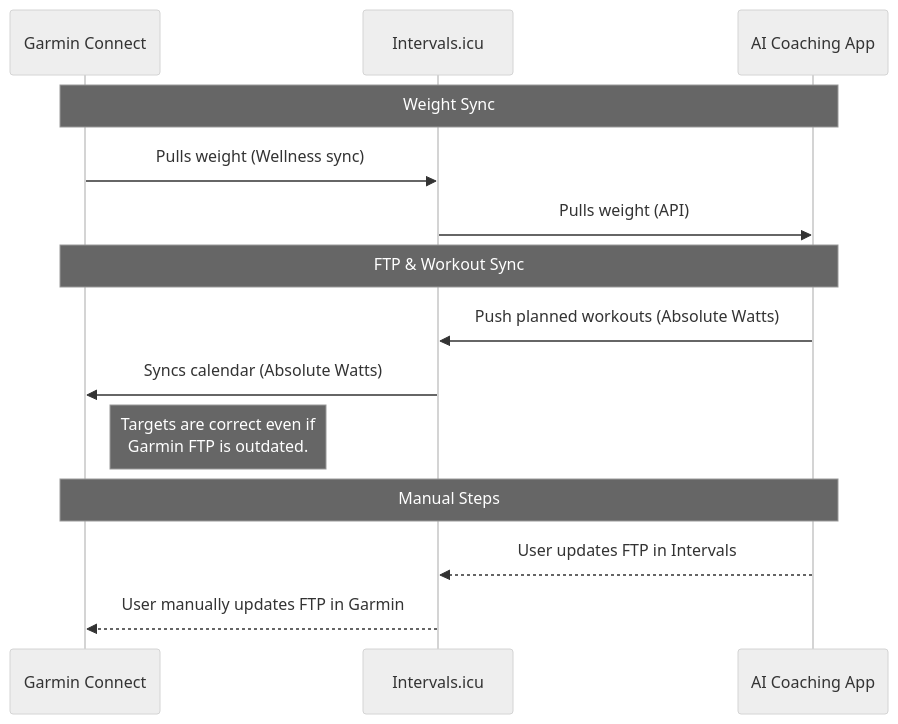
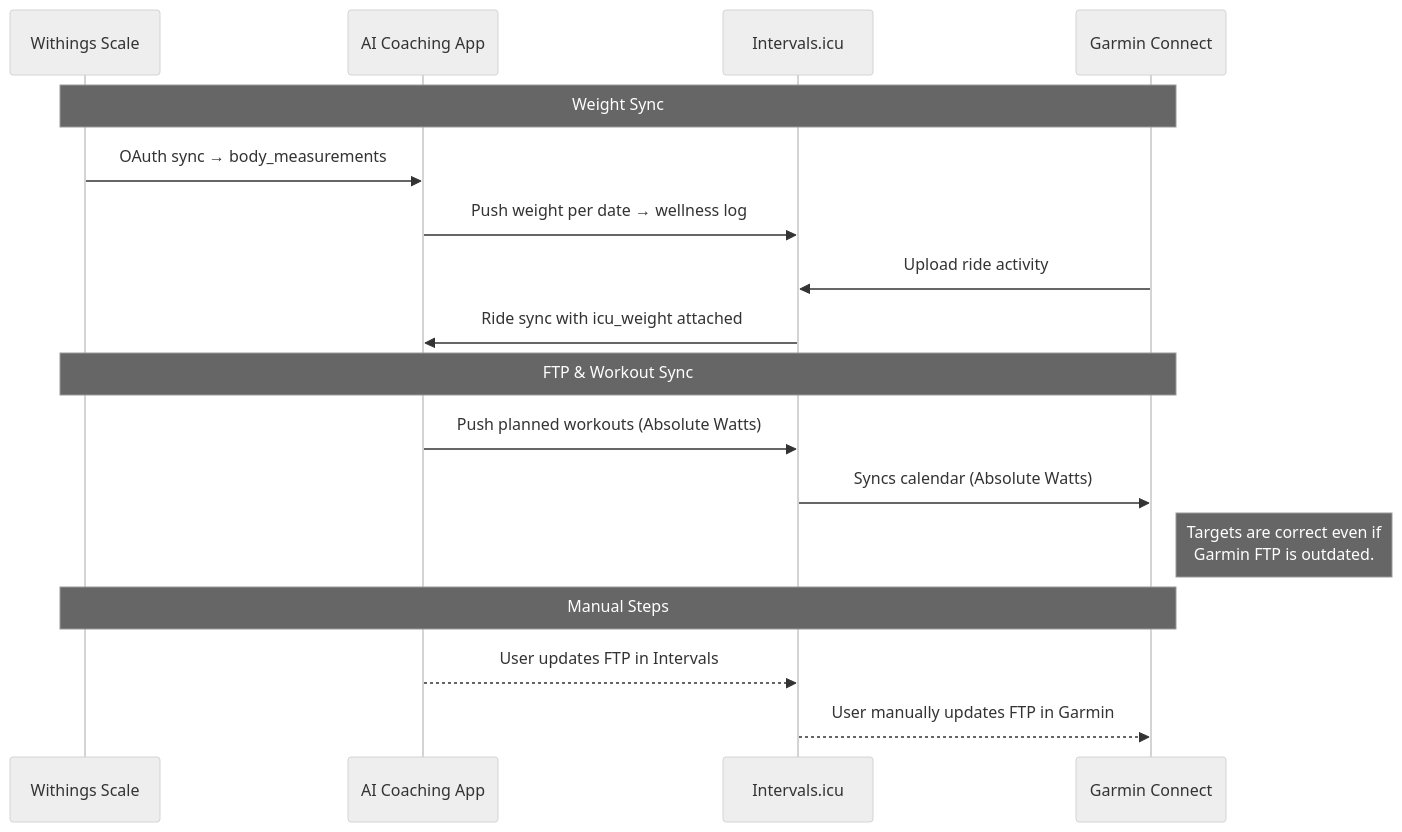
The second of 2 diagrams in README.md (jjdelorme/cycling-coach), drawn with Mermaid (neutral theme) before and after one commit. The commit also changed other lines of this file and 7 other files, not shown here.

First line of the commit message:
feat(weight): add weight-history API + Analysis chart improvements

````diff
--- a/README.md
+++ b/README.md
@@ -47,19 +67,22 @@
 ```mermaid
 sequenceDiagram
+    participant W as Withings Scale
+    participant A as AI Coaching App
+    participant I as Intervals.icu
     participant G as Garmin Connect
-    participant I as Intervals.icu
-    participant A as AI Coaching App
-    
-    Note over G,A: Weight Sync
-    G->>I: Pulls weight (Wellness sync)
-    I->>A: Pulls weight (API)
-    
-    Note over G,A: FTP & Workout Sync
+
+    Note over W,G: Weight Sync
+    W->>A: OAuth sync → body_measurements
+    A->>I: Push weight per date → wellness log
+    G->>I: Upload ride activity
+    I->>A: Ride sync with icu_weight attached
+
+    Note over W,G: FTP & Workout Sync
     A->>I: Push planned workouts (Absolute Watts)
     I->>G: Syncs calendar (Absolute Watts)
     Note right of G: Targets are correct even if<br/>Garmin FTP is outdated.
-    
-    Note over G,A: Manual Steps
+
+    Note over W,G: Manual Steps
     A-->>I: User updates FTP in Intervals
     I-->>G: User manually updates FTP in Garmin
 ```
````
